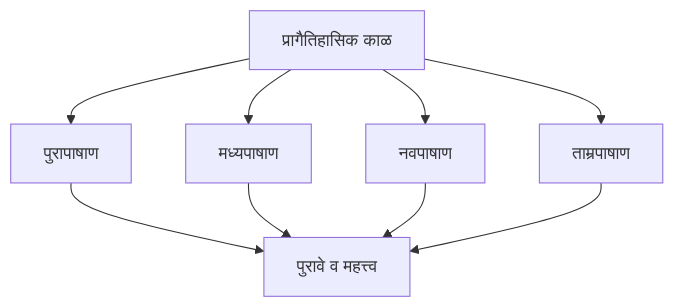
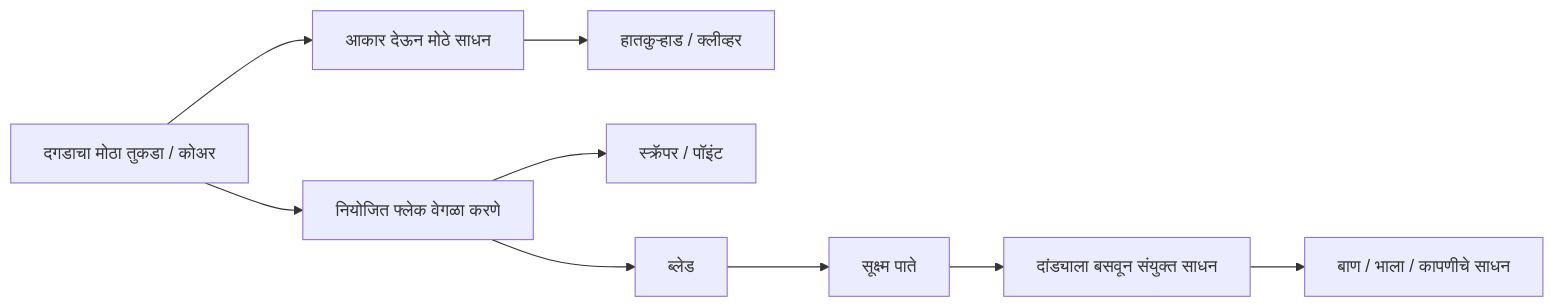
Before and after one commit to Pratik03538/mpsckatta: the second of 3 diagrams in content/history/HIS-001/visuals.md, drawn with Mermaid. The commit also changed other lines of this file, not shown here.

````diff
--- a/content/history/HIS-001/visuals.md
+++ b/content/history/HIS-001/visuals.md
@@ -3,11 +26,11 @@
-```mermaid
-flowchart TD
- A["प्रागैतिहासिक काळ"] --> B["पुरापाषाण"]
- A --> C["मध्यपाषाण"]
- A --> D["नवपाषाण"]
- A --> E["ताम्रपाषाण"]
- B --> F["पुरावे व महत्त्व"]
- C --> F
- D --> F
- E --> F
-```
+~~~mermaid
+flowchart LR
+    A["दगडाचा मोठा तुकडा / कोअर"] --> B["आकार देऊन मोठे साधन"]
+    B --> C["हातकुऱ्हाड / क्लीव्हर"]
+    A --> D["नियोजित फ्लेक वेगळा करणे"]
+    D --> E["स्क्रॅपर / पॉइंट"]
+    D --> F["ब्लेड"]
+    F --> G["सूक्ष्म पाते"]
+    G --> H["दांड्याला बसवून संयुक्त साधन"]
+    H --> I["बाण / भाला / कापणीचे साधन"]
+~~~
````
